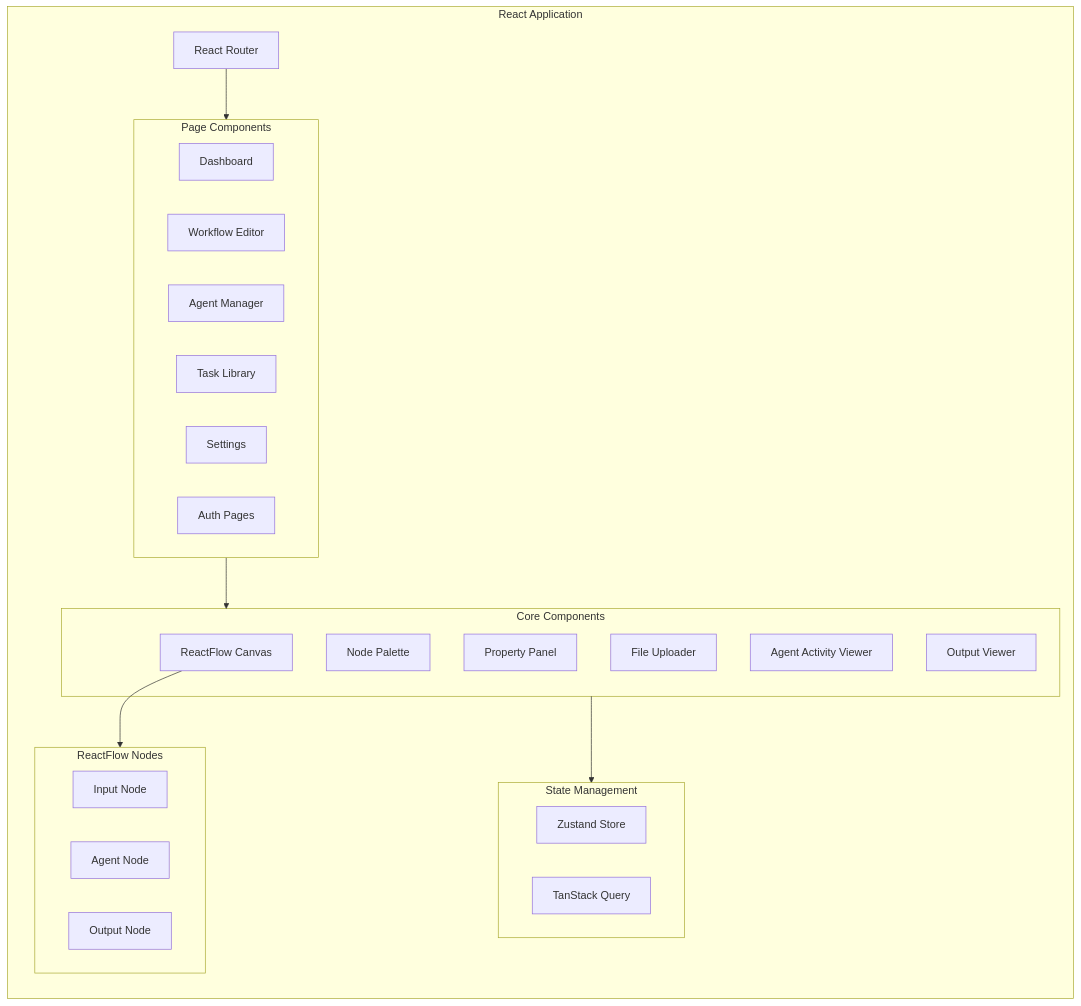
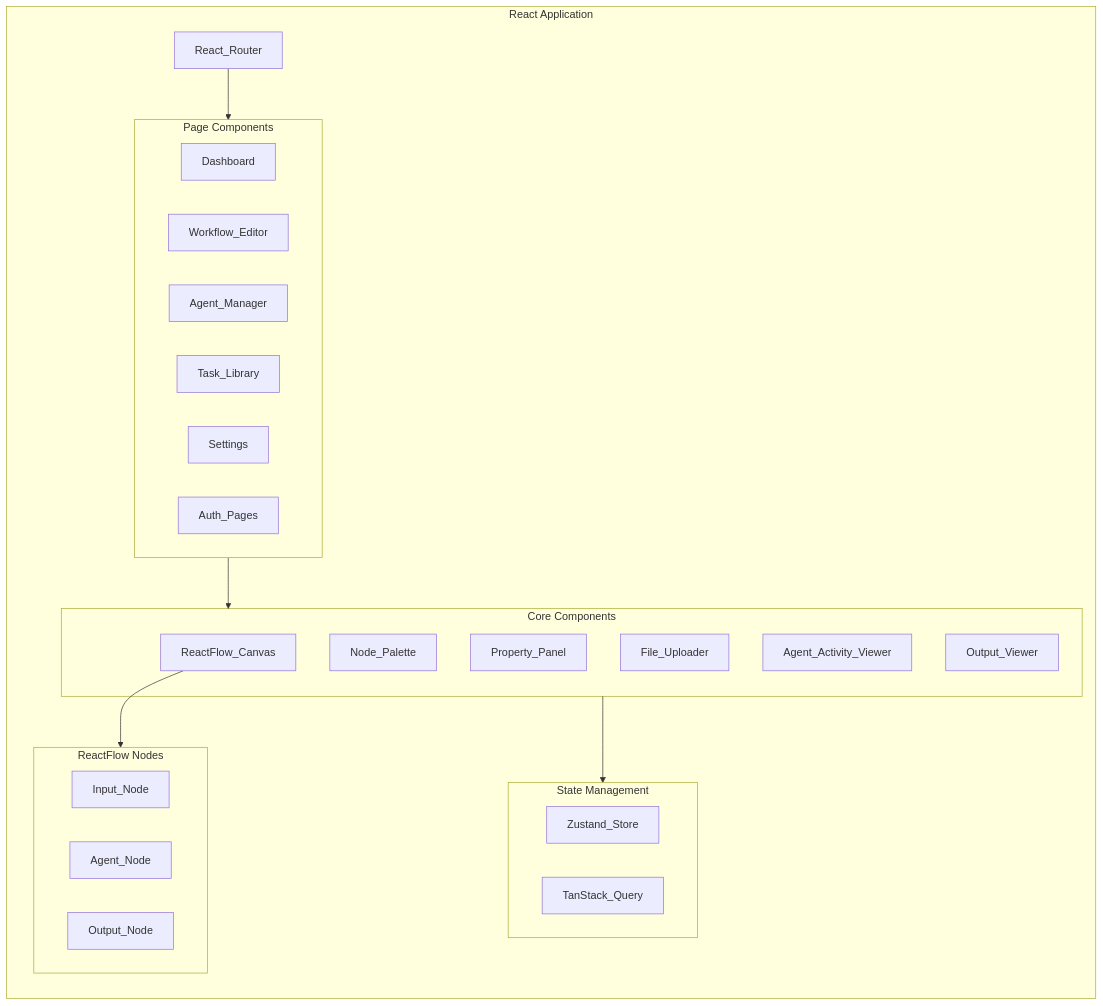
One commit to robertrittmuller/workerbee changed the second of 7 diagrams in plans/workerbee-architecture.md. Above: the diagram before and after it, drawn with Mermaid. The commit also changed other lines of this file, not shown here.

````diff
--- a/plans/workerbee-architecture.md
+++ b/plans/workerbee-architecture.md
@@ -86,40 +86,40 @@
 ```mermaid
 flowchart LR
     subgraph App [React Application]
-        Router[React Router]
+        Router[React_Router]
         
         subgraph Pages [Page Components]
             Dashboard[Dashboard]
-            WorkflowEditor[Workflow Editor]
-            AgentManager[Agent Manager]
-            TaskLibrary[Task Library]
+            WorkflowEditor[Workflow_Editor]
+            AgentManager[Agent_Manager]
+            TaskLibrary[Task_Library]
             Settings[Settings]
-            Auth[Auth Pages]
+            Auth[Auth_Pages]
         end
         
         subgraph Components [Core Components]
-            Canvas[ReactFlow Canvas]
-            NodePalette[Node Palette]
-            PropertyPanel[Property Panel]
-            FileUploader[File Uploader]
-            AgentViewer[Agent Activity Viewer]
-            OutputViewer[Output Viewer]
+            Canvas[ReactFlow_Canvas]
+            NodePalette[Node_Palette]
+            PropertyPanel[Property_Panel]
+            FileUploader[File_Uploader]
+            AgentViewer[Agent_Activity_Viewer]
+            OutputViewer[Output_Viewer]
         end
         
         subgraph State [State Management]
-            ZS[Zustand Store]
-            ReactQuery[TanStack Query]
+            ZS[Zustand_Store]
+            ReactQuery[TanStack_Query]
         end
         
         subgraph Nodes [ReactFlow Nodes]
-            InputNode[Input Node]
-            AgentNode[Agent Node]
-            OutputNode[Output Node]
+            InputNode[Input_Node]
+            AgentNode[Agent_Node]
+            OutputNode[Output_Node]
         end
     end
     
     Router --> Pages
     Pages --> Components
     Components --> State
     Canvas --> Nodes
 ```
````
